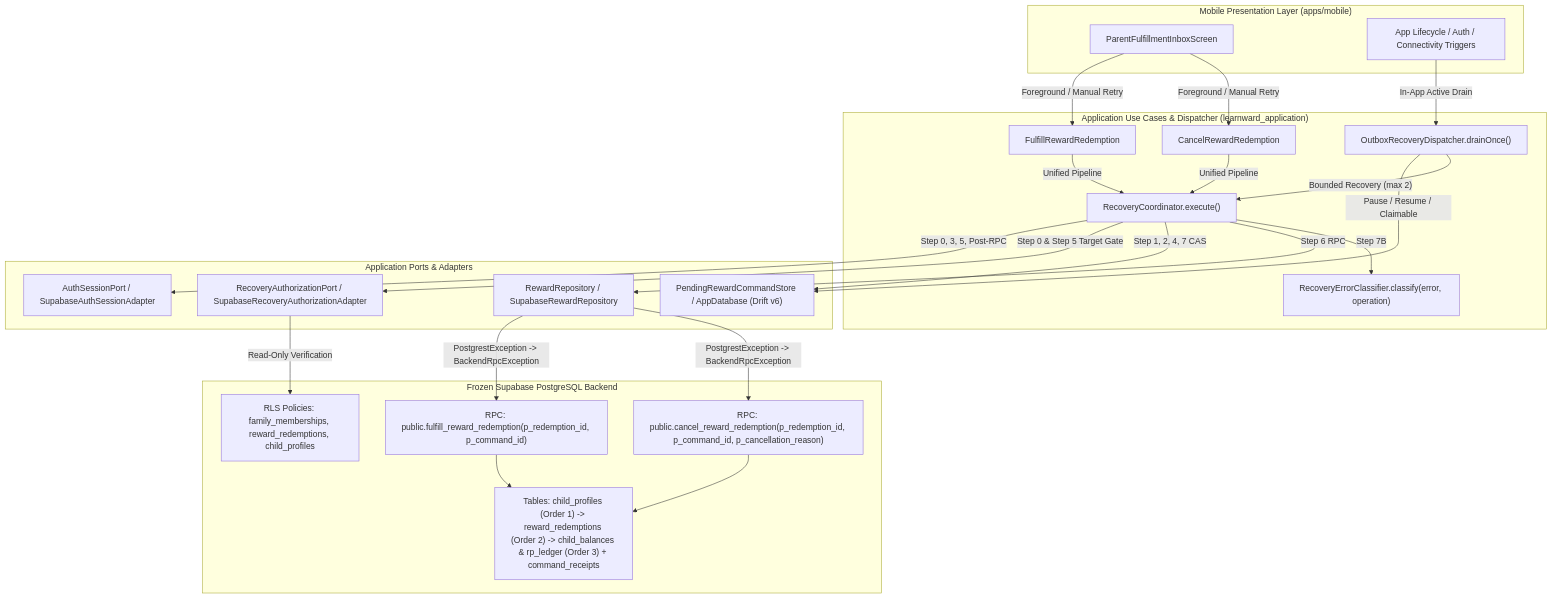
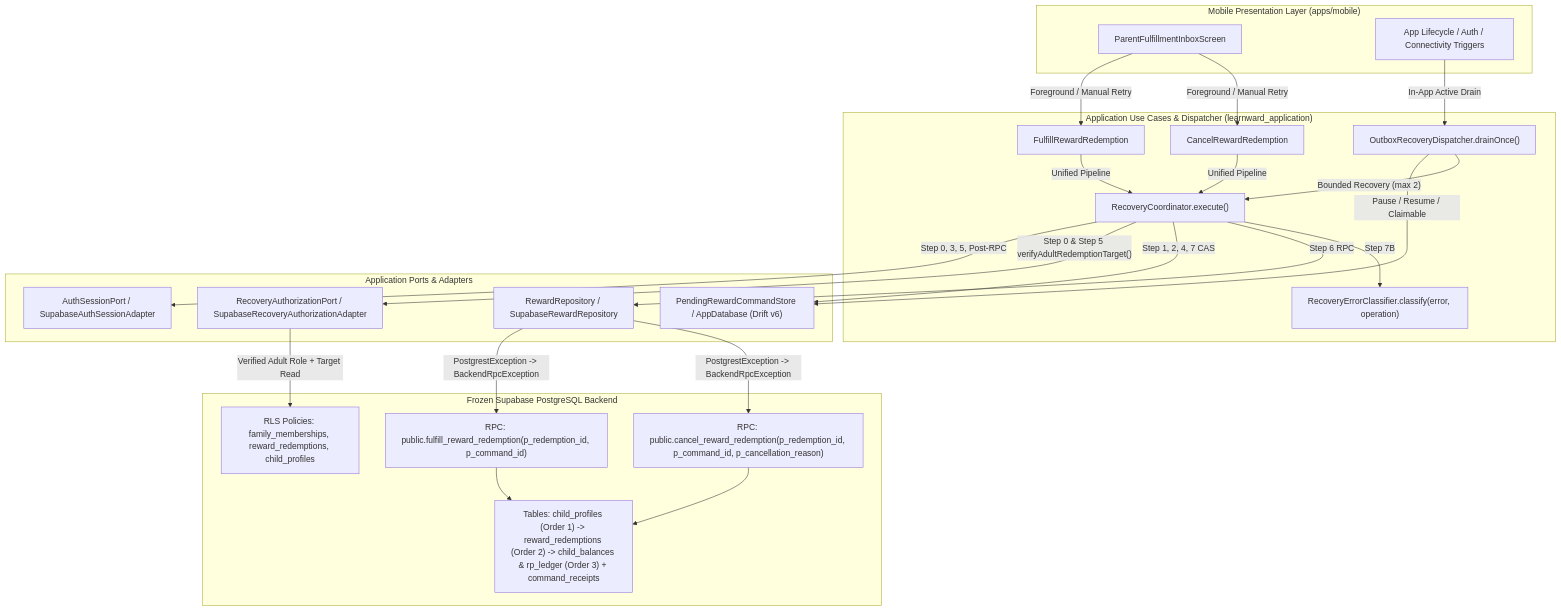
One commit to thedusk4203/LearnWard changed the first of 2 diagrams in docs/23-phase-6-slice-4a-2-adult-fulfill-cancel-design-contract.md. Above: the diagram before and after it, drawn with Mermaid. The commit also changed other lines of this file, not shown here.

````diff
--- a/docs/23-phase-6-slice-4a-2-adult-fulfill-cancel-design-contract.md
+++ b/docs/23-phase-6-slice-4a-2-adult-fulfill-cancel-design-contract.md
@@ -52,49 +53,49 @@
 ```mermaid
 flowchart TD
     subgraph UI["Mobile Presentation Layer (apps/mobile)"]
         Inbox["ParentFulfillmentInboxScreen"]
         Lifecycle["App Lifecycle / Auth / Connectivity Triggers"]
     end
 
     subgraph UseCases["Application Use Cases & Dispatcher (learnward_application)"]
         FulfillUC["FulfillRewardRedemption"]
         CancelUC["CancelRewardRedemption"]
         Dispatcher["OutboxRecoveryDispatcher.drainOnce()"]
         Coordinator["RecoveryCoordinator.execute()"]
         Classifier["RecoveryErrorClassifier.classify(error, operation)"]
     end
 
     subgraph Ports["Application Ports & Adapters"]
         AuthPort["AuthSessionPort / SupabaseAuthSessionAdapter"]
         AuthzPort["RecoveryAuthorizationPort / SupabaseRecoveryAuthorizationAdapter"]
         StorePort["PendingRewardCommandStore / AppDatabase (Drift v6)"]
         RewardRepo["RewardRepository / SupabaseRewardRepository"]
     end
 
     subgraph Backend["Frozen Supabase PostgreSQL Backend"]
         RLS["RLS Policies: family_memberships, reward_redemptions, child_profiles"]
         FulfillRPC["RPC: public.fulfill_reward_redemption(p_redemption_id, p_command_id)"]
         CancelRPC["RPC: public.cancel_reward_redemption(p_redemption_id, p_command_id, p_cancellation_reason)"]
         Tables["Tables: child_profiles (Order 1) -> reward_redemptions (Order 2) -> child_balances & rp_ledger (Order 3) + command_receipts"]
     end
 
     Inbox -->|"Foreground / Manual Retry"| FulfillUC
     Inbox -->|"Foreground / Manual Retry"| CancelUC
     Lifecycle -->|"In-App Active Drain"| Dispatcher
     FulfillUC -->|"Unified Pipeline"| Coordinator
     CancelUC -->|"Unified Pipeline"| Coordinator
     Dispatcher -->|"Pause / Resume / Claimable"| StorePort
     Dispatcher -->|"Bounded Recovery (max 2)"| Coordinator
 
     Coordinator -->|"Step 0, 3, 5, Post-RPC"| AuthPort
-    Coordinator -->|"Step 0 & Step 5 Target Gate"| AuthzPort
+    Coordinator -->|"Step 0 & Step 5 verifyAdultRedemptionTarget()"| AuthzPort
     Coordinator -->|"Step 1, 2, 4, 7 CAS"| StorePort
     Coordinator -->|"Step 6 RPC"| RewardRepo
     Coordinator -->|"Step 7B"| Classifier
 
-    AuthzPort -->|"Read-Only Verification"| RLS
+    AuthzPort -->|"Verified Adult Role + Target Read"| RLS
     RewardRepo -->|"PostgrestException -> BackendRpcException"| FulfillRPC
     RewardRepo -->|"PostgrestException -> BackendRpcException"| CancelRPC
     FulfillRPC --> Tables
     CancelRPC --> Tables
 ```
````
